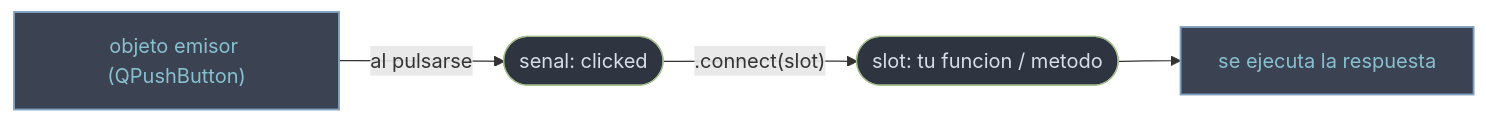
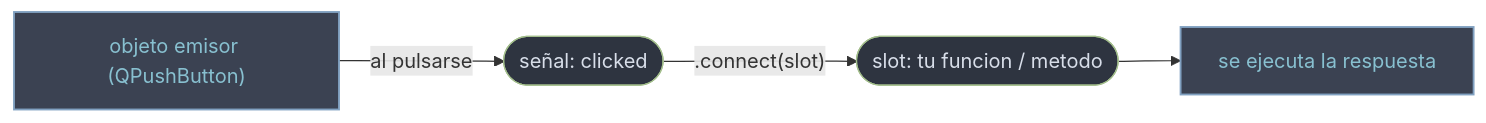
One commit to Pineapple-Mikael-Engineer/Python_Obsidian changed the diagram in Librerias/PyQt6/conceptos_transversales/concepto_signals_slots.md. Above: the diagram before and after it, drawn with Mermaid. The commit also changed other lines of this file and 85 other files, not shown here.

````diff
--- a/Librerias/PyQt6/conceptos_transversales/concepto_signals_slots.md
+++ b/Librerias/PyQt6/conceptos_transversales/concepto_signals_slots.md
@@ -45,12 +45,12 @@
 ```mermaid
 flowchart LR
-    E["objeto emisor (QPushButton)"] -->|"al pulsarse"| S(["senal: clicked"])
+    E["objeto emisor (QPushButton)"] -->|"al pulsarse"| S(["señal: clicked"])
     S -->|".connect(slot)"| SL(["slot: tu funcion / metodo"])
     SL --> R["se ejecuta la respuesta"]
 
     classDef base fill:#5e81ac,stroke:#88c0d0,stroke-width:2px,color:#eceff4;
     classDef grupo fill:#3b4252,stroke:#81a1c1,stroke-width:1.5px,color:#88c0d0;
     classDef hoja fill:#2e3440,stroke:#a3be8c,color:#d8dee9;
     class E,R grupo;
     class S,SL hoja;
 ```
````
